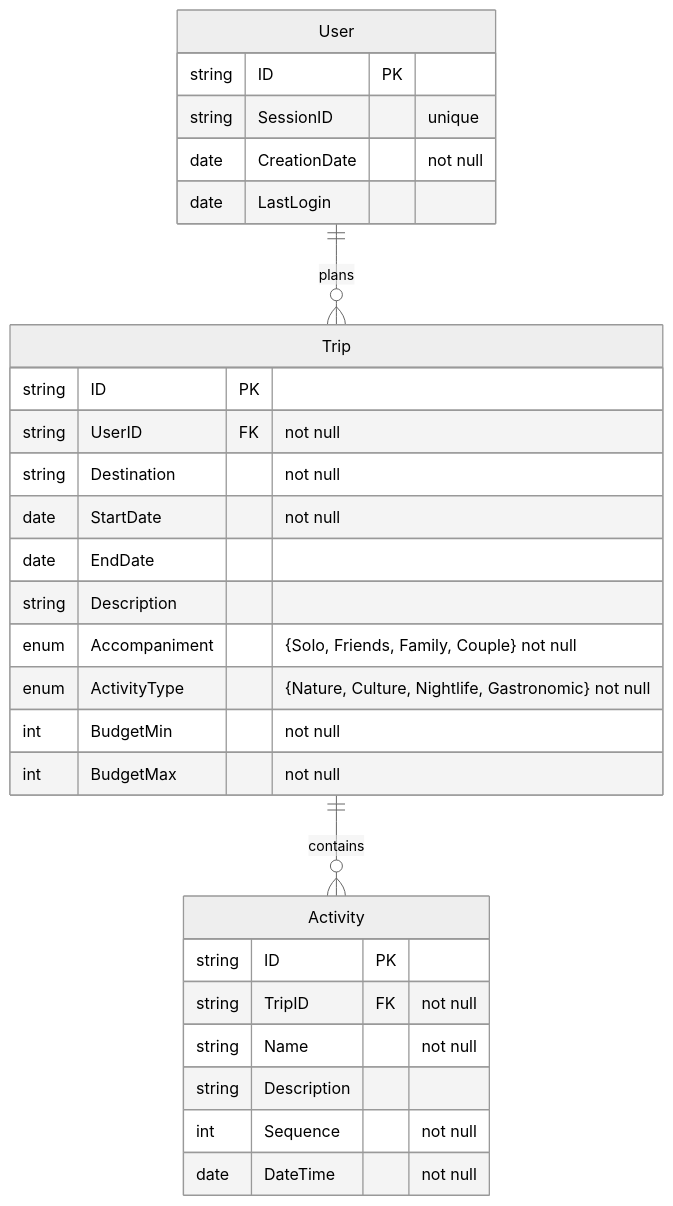
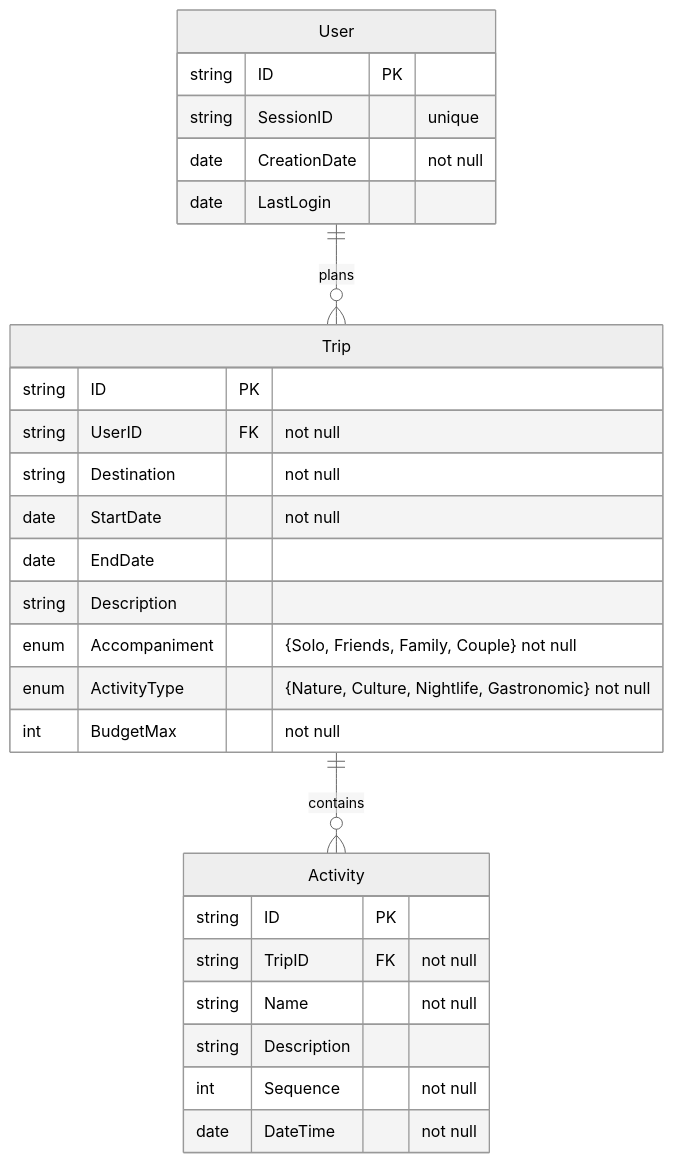
Before and after one commit to LIDR-academy/AI4Devs-finalproject: the second of 2 diagrams in readme.md, drawn with Mermaid (neutral theme). The commit also changed other lines of this file and 4 other files, not shown here.

````diff
--- a/readme.md
+++ b/readme.md
@@ -225,34 +225,33 @@
 ```mermaid
 erDiagram
     User ||--o{ Trip : "plans"
     Trip ||--o{ Activity : "contains"
     
     User {
         string ID PK
         string SessionID "unique"
         date CreationDate "not null"
         date LastLogin
     }
     
     Trip {
         string ID PK
         string UserID FK "not null"
         string Destination "not null"
         date StartDate "not null"
         date EndDate
         string Description
         enum Accompaniment "{Solo, Friends, Family, Couple} not null"
         enum ActivityType "{Nature, Culture, Nightlife, Gastronomic} not null"
-        int BudgetMin "not null"
         int BudgetMax "not null"
     }
     
     Activity {
         string ID PK
         string TripID FK "not null"
         string Name "not null"
         string Description
         int Sequence "not null"
         date DateTime "not null"
     }
 ```
````
